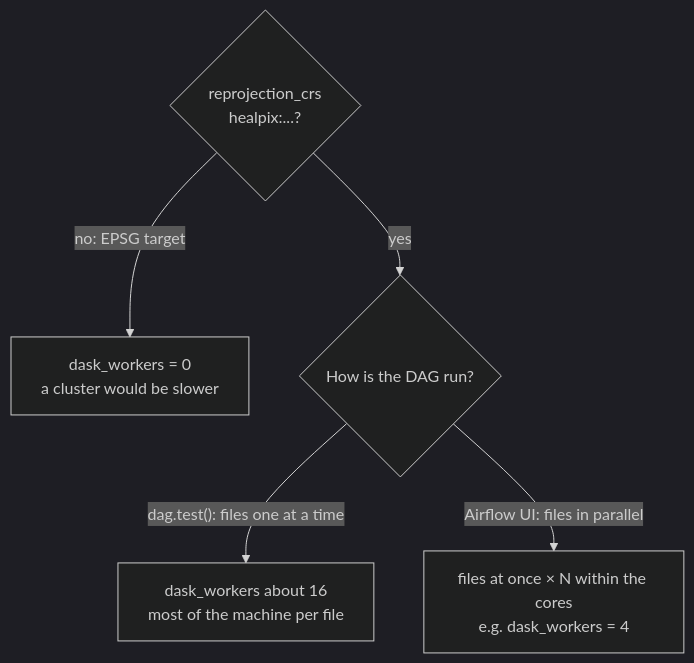
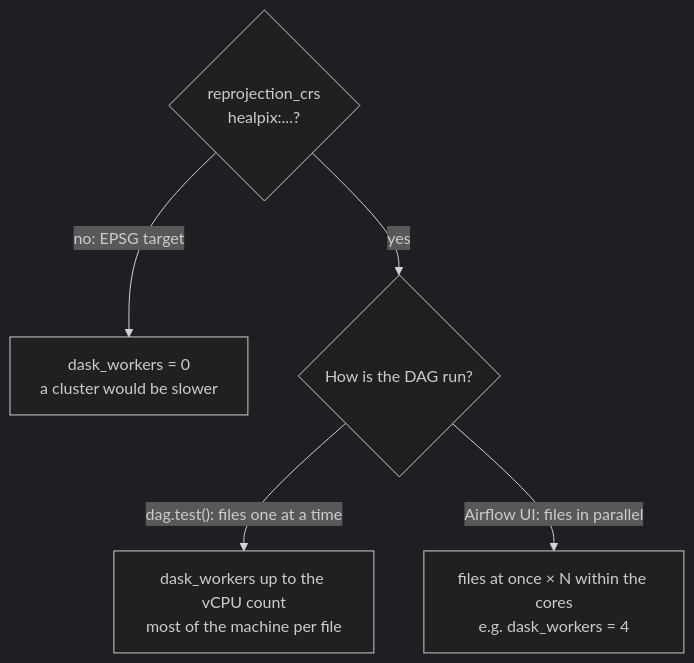
The seventh of 10 diagrams in HOOK/Data_Processing_Alternatives/airflow/airflow-getting-started/docs/demo2.md (destination-earth/DestinE-DataLake-Lab), drawn with Mermaid (dark theme) before and after one commit. The commit also changed other lines of this file and 1 other file, not shown here.

Commit message:
Update tutorial_taskflow_api_demo2.py and demo2.md to adjust dask_workers settings for HEALPix reprojection; clarify usage recommendations based on VM vCPU count.

````diff
--- a/HOOK/Data_Processing_Alternatives/airflow/airflow-getting-started/docs/demo2.md
+++ b/HOOK/Data_Processing_Alternatives/airflow/airflow-getting-started/docs/demo2.md
@@ -500,7 +502,7 @@
 ```mermaid
 flowchart TD
     A{"reprojection_crs<br/>healpix:...?"} -->|"no: EPSG target"| Z["dask_workers = 0<br/>a cluster would be slower"]
     A -->|yes| B{"How is the DAG run?"}
-    B -->|"dag.test(): files one at a time"| C["dask_workers about 16<br/>most of the machine per file"]
+    B -->|"dag.test(): files one at a time"| C["dask_workers up to the vCPU count<br/>most of the machine per file"]
     B -->|"Airflow UI: files in parallel"| D["files at once × N within the cores<br/>e.g. dask_workers = 4"]
 ```
````
